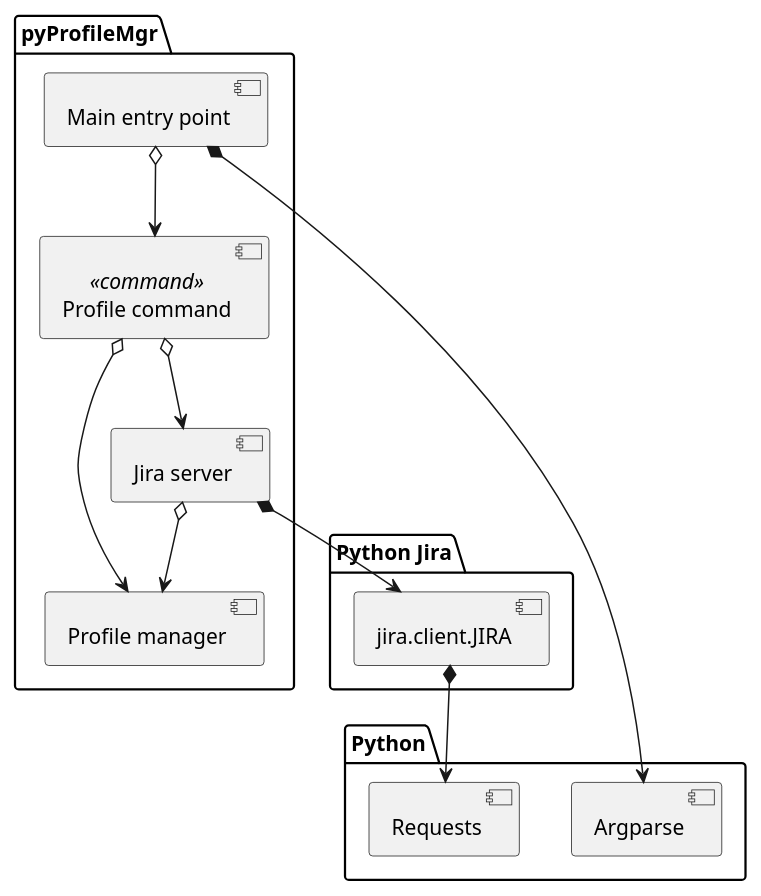
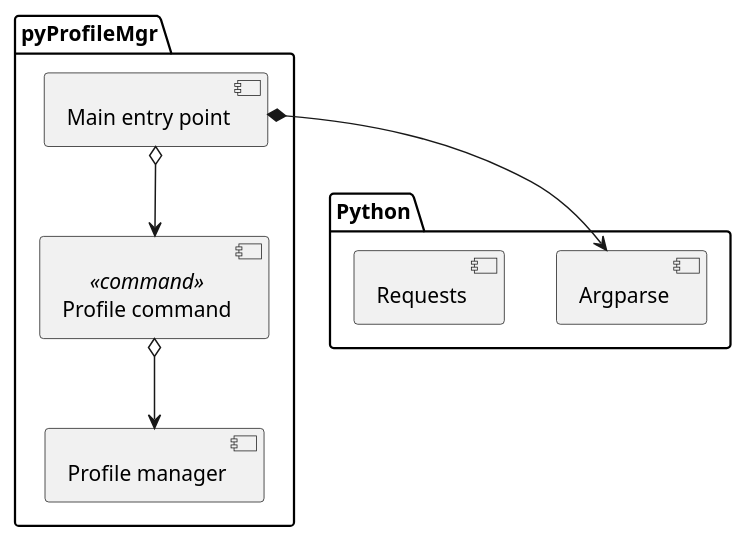
One commit to NewTec-GmbH/pyProfileMgr changed the diagram in doc/uml/architecture.puml. Above: the diagram before and after it, drawn with PlantUML. The commit also changed 10 other files, not shown here.

```diff
--- a/doc/uml/architecture.puml
+++ b/doc/uml/architecture.puml
@@ -1,28 +1,18 @@
 @startuml ArchitectureDiagram
 
 package "pyProfileMgr" {
   component "Main entry point" as main
-  component "Jira server" as jira_server
   component "Profile command" <<command>> as cmd_profile
   component "Profile manager" as profile_mgr
-}
-
-package "Python Jira" {
-  component "jira.client.JIRA" as jira
 }
 
 package "Python" as python {
   component "Argparse" as argparse
   component "Requests" as requests
 }
 
 main o--> cmd_profile
-cmd_profile o--> jira_server
 cmd_profile o--> profile_mgr
-jira_server o--> profile_mgr
 main *--> argparse
 
-jira_server *--> jira
-jira *--> requests
-
 @enduml
```
